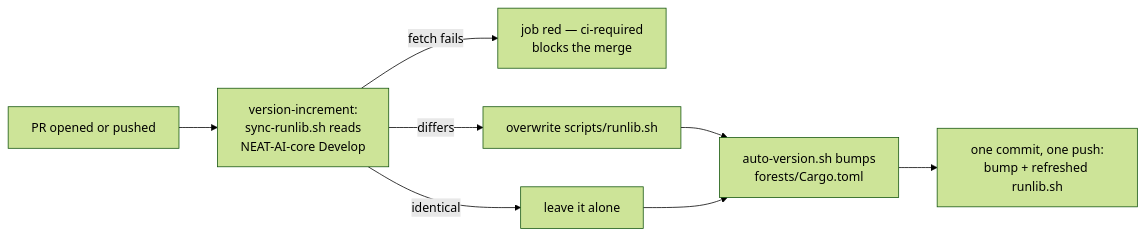
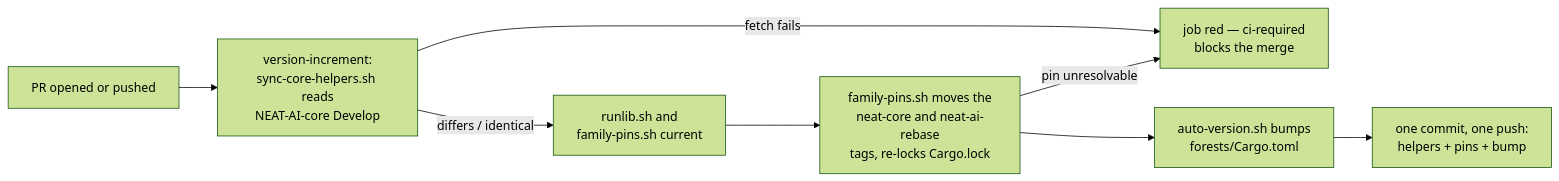
Before and after one commit to stSoftwareAU/NEAT-AI-Forests: the first of 5 diagrams in README.md, drawn with Mermaid (forest theme). The commit also changed other lines of this file and 23 other files, not shown here.

First line of the commit message:
Pin neat-core and neat-ai-rebase to release tags and refresh both pins in the version-increment job (Issue #105) (#110)

````diff
--- a/README.md
+++ b/README.md
@@ -111,10 +134,10 @@
 ```mermaid
 flowchart LR
-    A["PR opened or pushed"] --> B["version-increment:<br/>sync-runlib.sh reads<br/>NEAT-AI-core Develop"]
+    A["PR opened or pushed"] --> B["version-increment:<br/>sync-core-helpers.sh reads<br/>NEAT-AI-core Develop"]
     B -- "fetch fails" --> C["job red — ci-required<br/>blocks the merge"]
-    B -- "differs" --> D["overwrite scripts/runlib.sh"]
-    B -- "identical" --> E["leave it alone"]
-    D --> F["auto-version.sh bumps<br/>forests/Cargo.toml"]
-    E --> F
-    F --> G["one commit, one push:<br/>bump + refreshed runlib.sh"]
+    B -- "differs / identical" --> D["runlib.sh and<br/>family-pins.sh current"]
+    D --> E["family-pins.sh moves the<br/>neat-core and neat-ai-rebase<br/>tags, re-locks Cargo.lock"]
+    E -- "pin unresolvable" --> C
+    E --> F["auto-version.sh bumps<br/>forests/Cargo.toml"]
+    F --> G["one commit, one push:<br/>helpers + pins + bump"]
 ```
````
